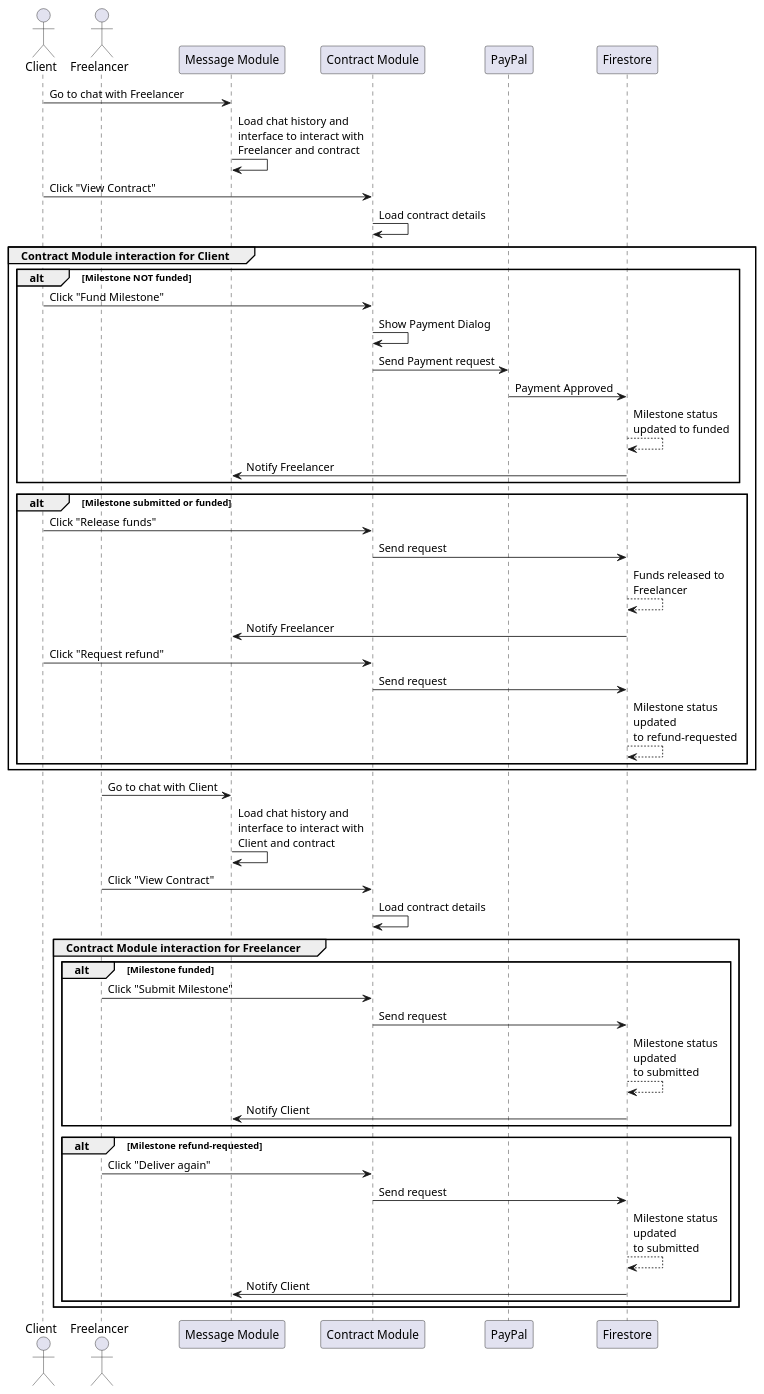
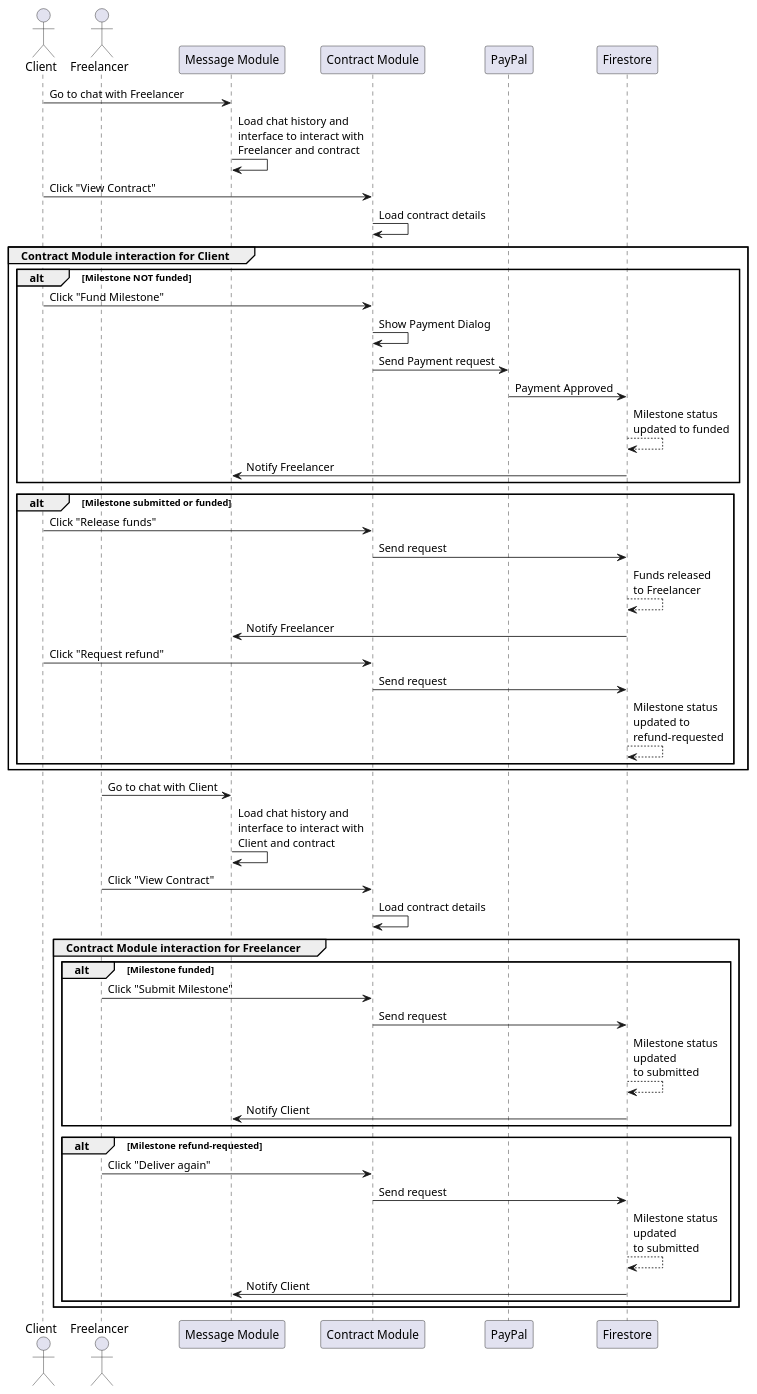
Before and after one commit to sebas-rom/proyectointegrador: the diagram in src/uml/messaging.puml, drawn with PlantUML.

```diff
--- a/src/uml/messaging.puml
+++ b/src/uml/messaging.puml
@@ -1,52 +1,52 @@
 @startuml contract-flow
 actor Client
 actor Freelancer
 participant "Message Module" as MM
 participant "Contract Module" as CM
 participant PayPal
 participant Firestore as FB
 
 Client -> MM : Go to chat with Freelancer
 MM -> MM : Load chat history and \ninterface to interact with \nFreelancer and contract
 Client -> CM : Click "View Contract"
 CM -> CM : Load contract details
 group Contract Module interaction for Client
   alt Milestone NOT funded
     Client -> CM : Click "Fund Milestone"
     CM -> CM : Show Payment Dialog
     CM -> PayPal: Send Payment request
     PayPal -> FB : Payment Approved
     FB --> FB : Milestone status \nupdated to funded
     FB -> MM : Notify Freelancer    
   end
   alt Milestone submitted or funded
     Client -> CM : Click "Release funds"
     CM -> FB : Send request
-    FB --> FB : Funds released to \nFreelancer
+    FB --> FB : Funds released \nto Freelancer
     FB -> MM : Notify Freelancer    
     Client -> CM : Click "Request refund"
     CM -> FB : Send request
-    FB --> FB : Milestone status \nupdated \nto refund-requested
+    FB --> FB : Milestone status \nupdated to \nrefund-requested
   end
 end
 
 Freelancer -> MM : Go to chat with Client
 MM -> MM : Load chat history and \ninterface to interact with \nClient and contract
 Freelancer -> CM : Click "View Contract"
 CM -> CM : Load contract details
 group Contract Module interaction for Freelancer
   alt Milestone funded
     Freelancer -> CM : Click "Submit Milestone"
     CM -> FB : Send request
     FB --> FB : Milestone status \nupdated \nto submitted
     FB -> MM : Notify Client
   end
   alt Milestone refund-requested
     Freelancer -> CM : Click "Deliver again"
     CM -> FB : Send request
     FB --> FB : Milestone status \nupdated \nto submitted
     FB -> MM : Notify Client
   end
 end
 
 @enduml
```
